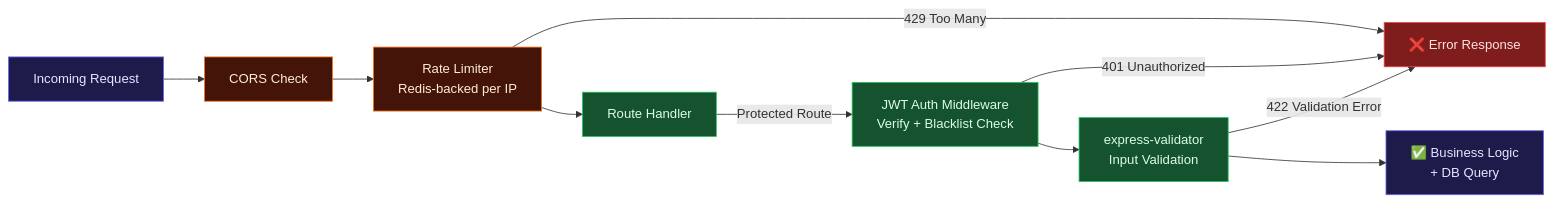
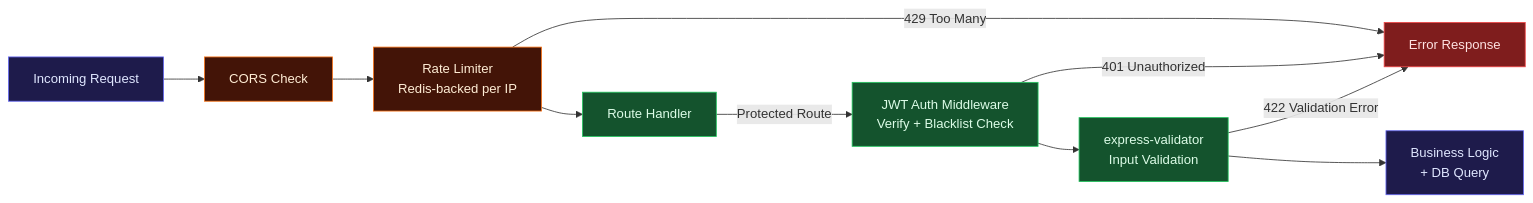
Before and after one commit to DeepakdevilB/Heal_Connect: the third of 4 diagrams in README.md, drawn with Mermaid. The commit also changed other lines of this file and 3 other files, not shown here.

````diff
--- a/README.md
+++ b/README.md
@@ -122,21 +122,21 @@
 ```mermaid
 flowchart LR
     style A fill:#1e1b4b,stroke:#6366f1,color:#e0e7ff
     style B fill:#431407,stroke:#f97316,color:#ffedd5
     style C fill:#431407,stroke:#f97316,color:#ffedd5
     style D fill:#14532d,stroke:#22c55e,color:#dcfce7
     style E fill:#14532d,stroke:#22c55e,color:#dcfce7
     style F fill:#14532d,stroke:#22c55e,color:#dcfce7
     style G fill:#1e1b4b,stroke:#6366f1,color:#e0e7ff
     style H fill:#7f1d1d,stroke:#ef4444,color:#fee2e2
 
     A["Incoming Request"] --> B["CORS Check"]
     B --> C["Rate Limiter\nRedis-backed per IP"]
-    C -->|"429 Too Many"| H["❌ Error Response"]
+    C -->|"429 Too Many"| H["Error Response"]
     C --> D["Route Handler"]
     D -->|"Protected Route"| E["JWT Auth Middleware\nVerify + Blacklist Check"]
     E -->|"401 Unauthorized"| H
     E --> F["express-validator\nInput Validation"]
     F -->|"422 Validation Error"| H
-    F --> G["✅ Business Logic\n+ DB Query"]
+    F --> G["Business Logic\n+ DB Query"]
 ```
````
